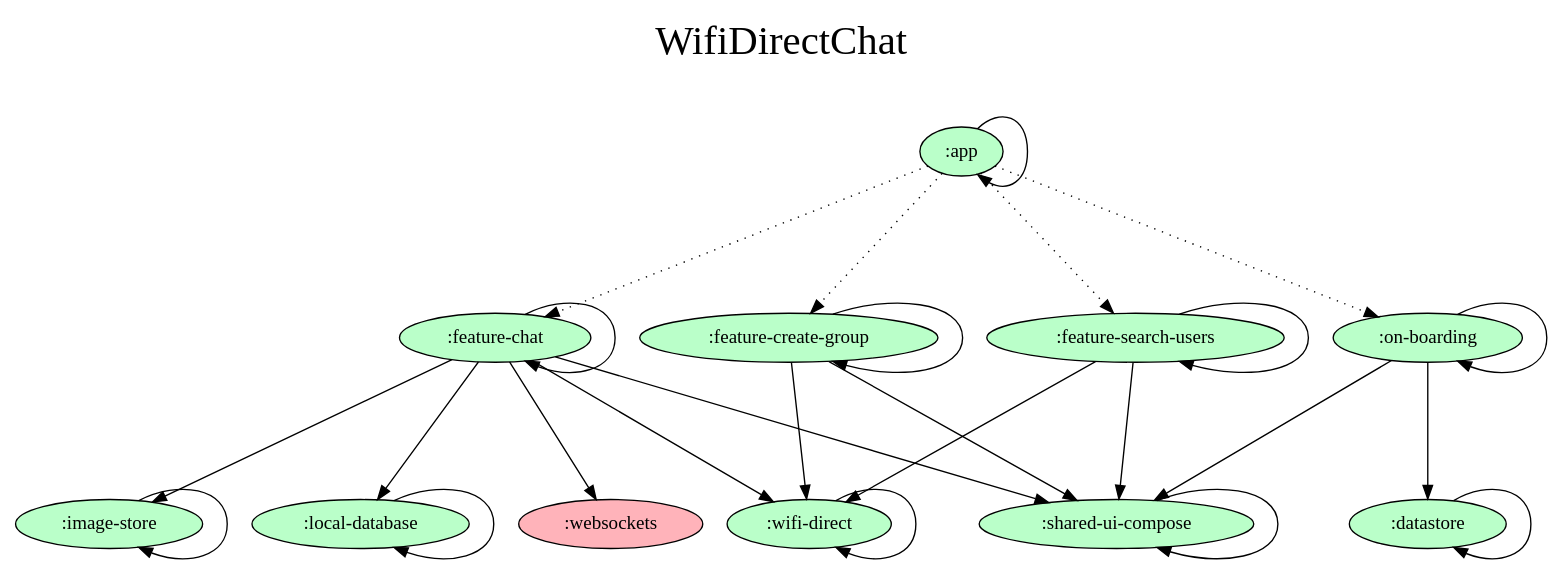
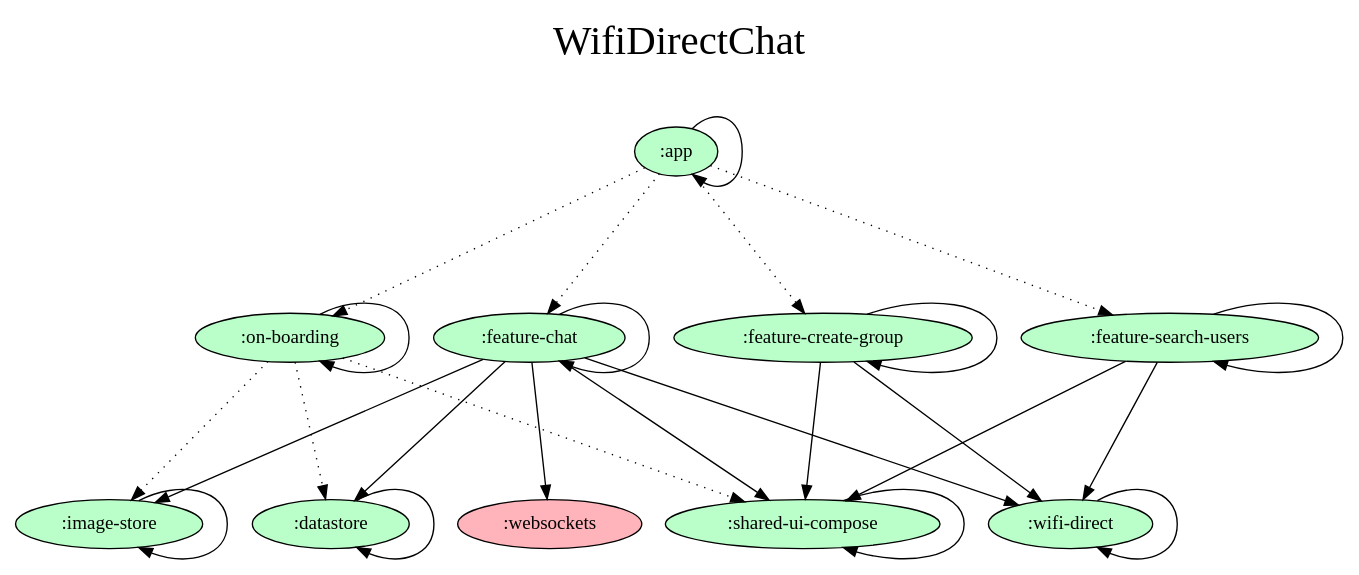
One commit to SilvVF/wd-chat changed the diagram in dependency-graph/project.dot. Above: the diagram before and after it, drawn with Graphviz. The commit also changed 13 other files, not shown here.

```diff
--- a/dependency-graph/project.dot
+++ b/dependency-graph/project.dot
@@ -1,49 +1,48 @@
 digraph {
   graph [label="WifiDirectChat\n ",labelloc=t,fontsize=30,ranksep=1.4];
   node [style=filled, fillcolor="#bbbbbb"];
   rankdir=TB;
 
   # Projects
 
   ":app" [fillcolor="#baffc9"];
   ":datastore" [fillcolor="#baffc9"];
   ":feature-chat" [fillcolor="#baffc9"];
   ":feature-create-group" [fillcolor="#baffc9"];
   ":feature-search-users" [fillcolor="#baffc9"];
   ":image-store" [fillcolor="#baffc9"];
-  ":local-database" [fillcolor="#baffc9"];
   ":on-boarding" [fillcolor="#baffc9"];
   ":shared-ui-compose" [fillcolor="#baffc9"];
   ":websockets" [fillcolor="#ffb3ba"];
   ":wifi-direct" [fillcolor="#baffc9"];
 
   {rank = same;}
 
   # Dependencies
 
   ":app" -> ":app"
   ":app" -> ":on-boarding" [style=dotted]
   ":app" -> ":feature-search-users" [style=dotted]
   ":app" -> ":feature-create-group" [style=dotted]
   ":app" -> ":feature-chat" [style=dotted]
   ":shared-ui-compose" -> ":shared-ui-compose"
   ":feature-create-group" -> ":shared-ui-compose"
   ":feature-create-group" -> ":wifi-direct"
   ":feature-create-group" -> ":feature-create-group"
   ":feature-chat" -> ":shared-ui-compose"
   ":feature-chat" -> ":wifi-direct"
   ":feature-chat" -> ":websockets"
   ":feature-chat" -> ":image-store"
-  ":feature-chat" -> ":local-database"
+  ":feature-chat" -> ":datastore"
   ":feature-chat" -> ":feature-chat"
   ":datastore" -> ":datastore"
   ":feature-search-users" -> ":shared-ui-compose"
   ":feature-search-users" -> ":wifi-direct"
   ":feature-search-users" -> ":feature-search-users"
-  ":on-boarding" -> ":shared-ui-compose"
-  ":on-boarding" -> ":datastore"
   ":on-boarding" -> ":on-boarding"
+  ":on-boarding" -> ":shared-ui-compose" [style=dotted]
+  ":on-boarding" -> ":datastore" [style=dotted]
+  ":on-boarding" -> ":image-store" [style=dotted]
   ":wifi-direct" -> ":wifi-direct"
-  ":local-database" -> ":local-database"
   ":image-store" -> ":image-store"
 }
```
